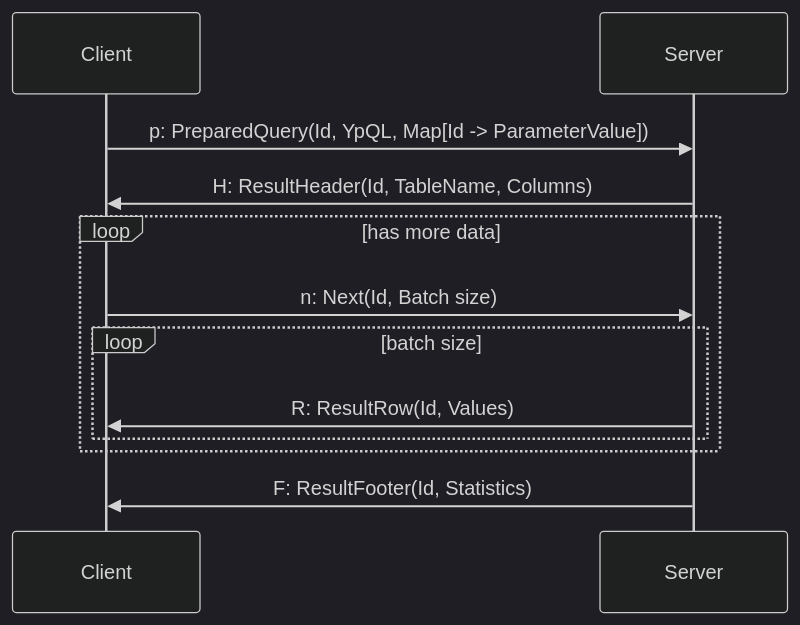
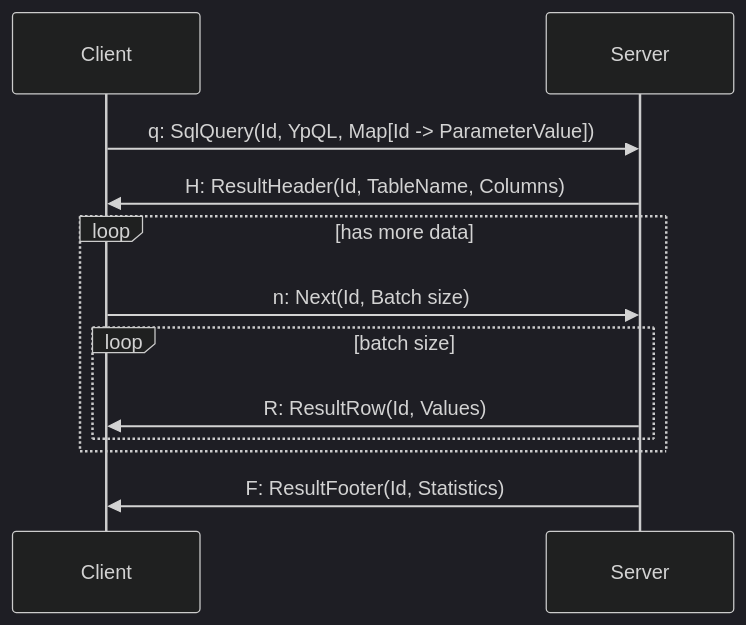
Before and after one commit to rusexpertiza-llc/yupana: the diagram in docs/mdoc/protocol/query.md, drawn with Mermaid (dark theme). The commit also changed other lines of this file and 26 other files, not shown here.

````diff
--- a/docs/mdoc/protocol/query.md
+++ b/docs/mdoc/protocol/query.md
@@ -13,15 +13,15 @@
 ```mermaid
 sequenceDiagram
     participant C as Client
     participant S as Server
 
-    C->>S: p: PreparedQuery(Id, YpQL, Map[Id -> ParameterValue])
+    C->>S: q: SqlQuery(Id, YpQL, Map[Id -> ParameterValue])
     S->>C: H: ResultHeader(Id, TableName, Columns)
     loop has more data
       C->>S: n: Next(Id, Batch size)
       loop batch size
           S->>C: R: ResultRow(Id, Values)
       end
     end
     S->>C: F: ResultFooter(Id, Statistics)
 ```
````
